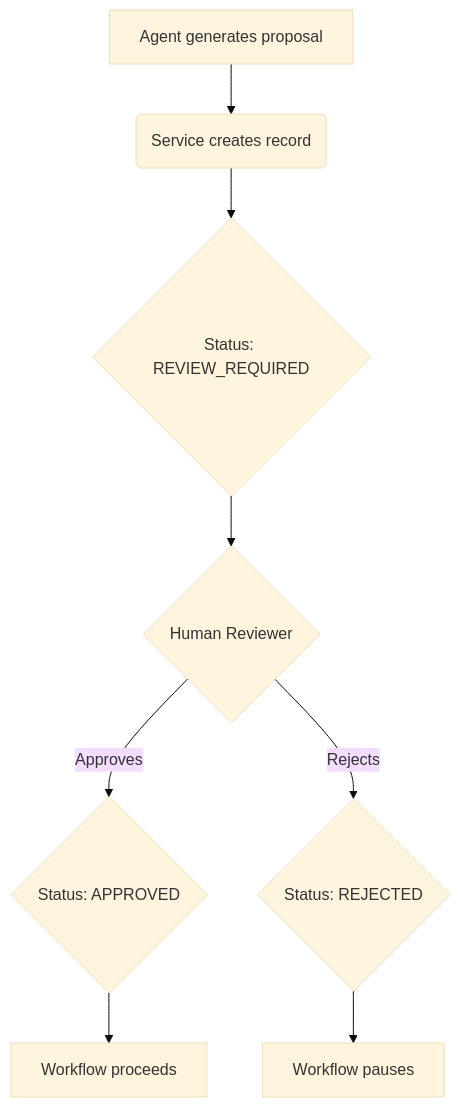
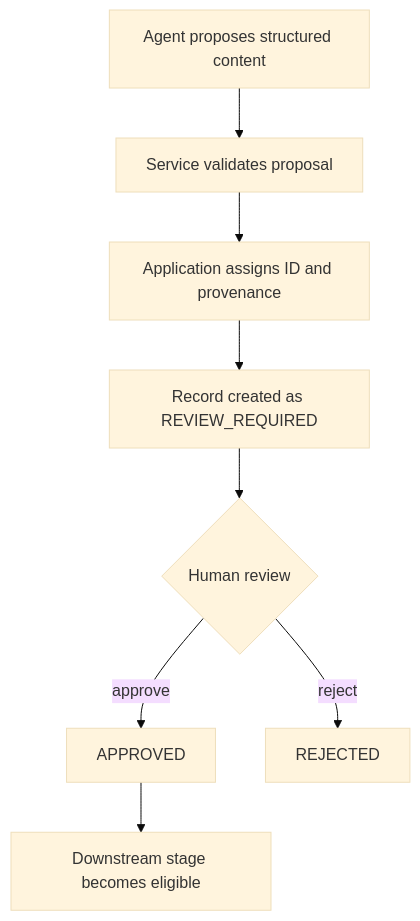
One commit to amin076/tital changed the diagram in docs/domain/review-workflow.md. Above: the diagram before and after it, drawn with Mermaid (base theme). The commit also changed other lines of this file, not shown here.

Commit message:
docs: correct human review lifecycle and current limits

````diff
--- a/docs/domain/review-workflow.md
+++ b/docs/domain/review-workflow.md
@@ -17,10 +42,15 @@
 ```mermaid
 graph TD
-    A[Agent generates proposal] --> B(Service creates record);
-    B --> C{Status: REVIEW_REQUIRED};
-    C --> D{Human Reviewer};
-    D -- Approves --> E{Status: APPROVED};
-    D -- Rejects --> F{Status: REJECTED};
-    E --> G[Workflow proceeds];
-    F --> H[Workflow pauses];
+    A[Agent proposes structured content]
+    B[Service validates proposal]
+    C[Application assigns ID and provenance]
+    D[Record created as REVIEW_REQUIRED]
+    E{Human review}
+    F[APPROVED]
+    G[REJECTED]
+    H[Downstream stage becomes eligible]
+
+    A --> B --> C --> D --> E
+    E -->|approve| F --> H
+    E -->|reject| G
 ```
````
